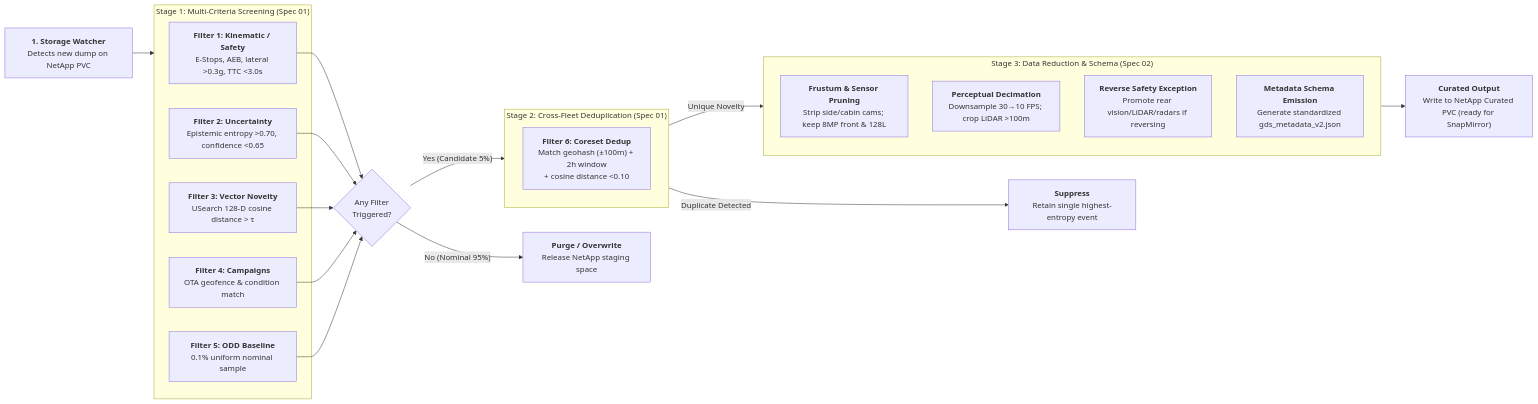
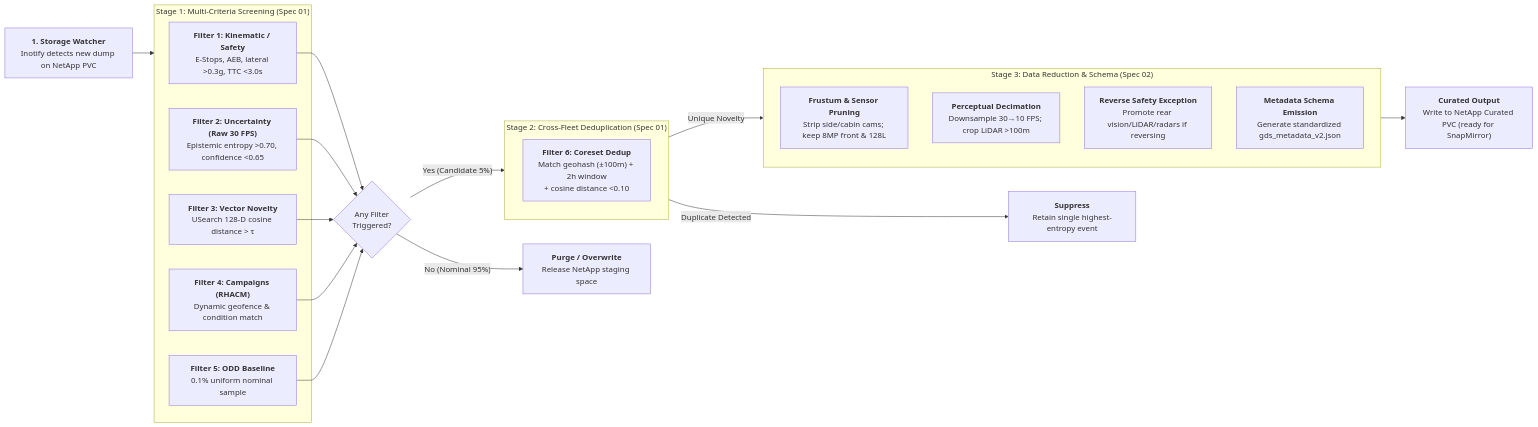
The second of 2 diagrams in demo/BLUEPRINT.md (johwes/edge-data), drawn with Mermaid before and after one commit. The commit also changed other lines of this file and 6 other files, not shown here.

````diff
--- a/demo/BLUEPRINT.md
+++ b/demo/BLUEPRINT.md
@@ -68,37 +71,37 @@
 ```mermaid
 flowchart LR
-    Ingest["<b>1. Storage Watcher</b><br>Detects new dump on NetApp PVC"] --> Stage1
+    Ingest["<b>1. Storage Watcher</b><br>Inotify detects new dump on NetApp PVC"] --> Stage1
     
     subgraph Stage1 ["Stage 1: Multi-Criteria Screening (Spec 01)"]
         F1["<b>Filter 1: Kinematic / Safety</b><br>E-Stops, AEB, lateral >0.3g, TTC <3.0s"]
-        F2["<b>Filter 2: Uncertainty</b><br>Epistemic entropy >0.70, confidence <0.65"]
+        F2["<b>Filter 2: Uncertainty (Raw 30 FPS)</b><br>Epistemic entropy >0.70, confidence <0.65"]
         F3["<b>Filter 3: Vector Novelty</b><br>USearch 128-D cosine distance > τ"]
-        F4["<b>Filter 4: Campaigns</b><br>OTA geofence & condition match"]
+        F4["<b>Filter 4: Campaigns (RHACM)</b><br>Dynamic geofence & condition match"]
         F5["<b>Filter 5: ODD Baseline</b><br>0.1% uniform nominal sample"]
     end
     
     F1 --> CandidateCheck{"Any Filter<br>Triggered?"}
     F2 --> CandidateCheck
     F3 --> CandidateCheck
     F4 --> CandidateCheck
     F5 --> CandidateCheck
 
     CandidateCheck -- No (Nominal 95%) --> Purge["<b>Purge / Overwrite</b><br>Release NetApp staging space"]
     CandidateCheck -- Yes (Candidate 5%) --> Stage2
     
     subgraph Stage2 ["Stage 2: Cross-Fleet Deduplication (Spec 01)"]
         F6["<b>Filter 6: Coreset Dedup</b><br>Match geohash (±100m) + 2h window<br>+ cosine distance <0.10"]
     end
 
     Stage2 -- Duplicate Detected --> DedupDrop["<b>Suppress</b><br>Retain single highest-entropy event"]
     Stage2 -- Unique Novelty --> Stage3
     
     subgraph Stage3 ["Stage 3: Data Reduction & Schema (Spec 02)"]
         Prune["<b>Frustum & Sensor Pruning</b><br>Strip side/cabin cams; keep 8MP front & 128L"]
         Decimate["<b>Perceptual Decimation</b><br>Downsample 30→10 FPS; crop LiDAR >100m"]
         ReverseCheck["<b>Reverse Safety Exception</b><br>Promote rear vision/LiDAR/radars if reversing"]
         EmitMeta["<b>Metadata Schema Emission</b><br>Generate standardized gds_metadata_v2.json"]
     end
 
     Stage3 --> Staging["<b>Curated Output</b><br>Write to NetApp Curated PVC (ready for SnapMirror)"]
 ```
````
